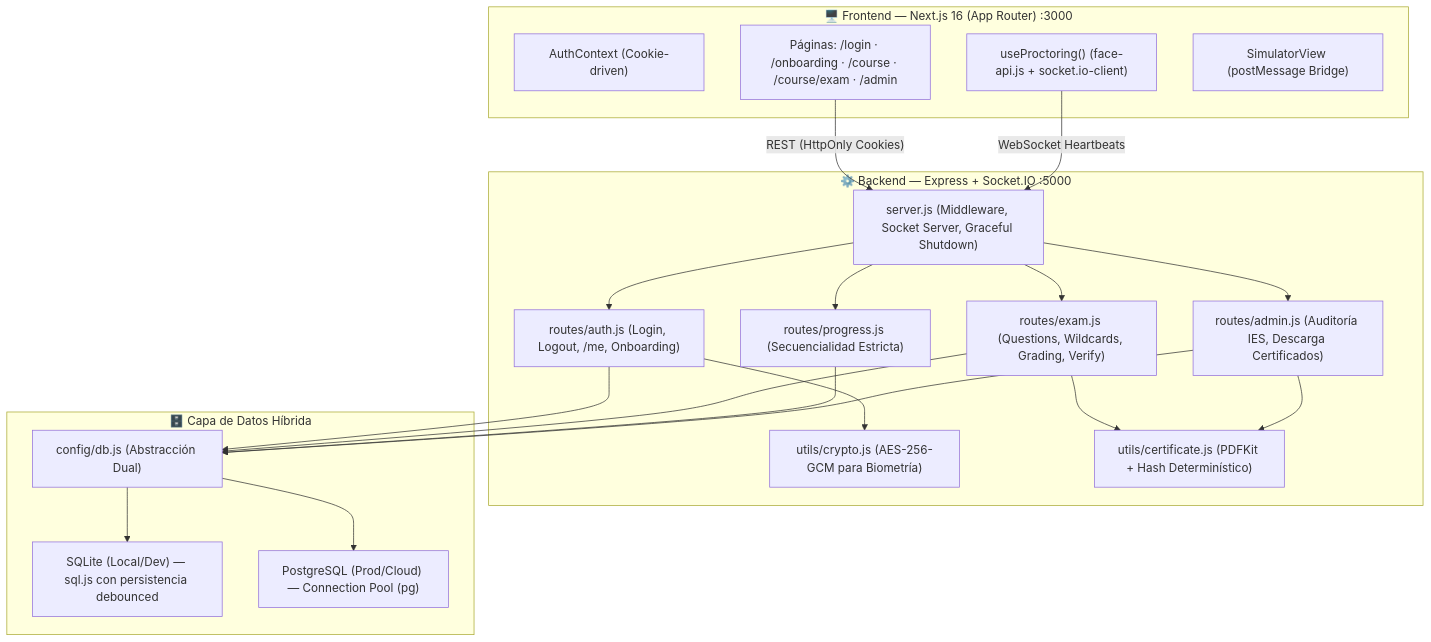
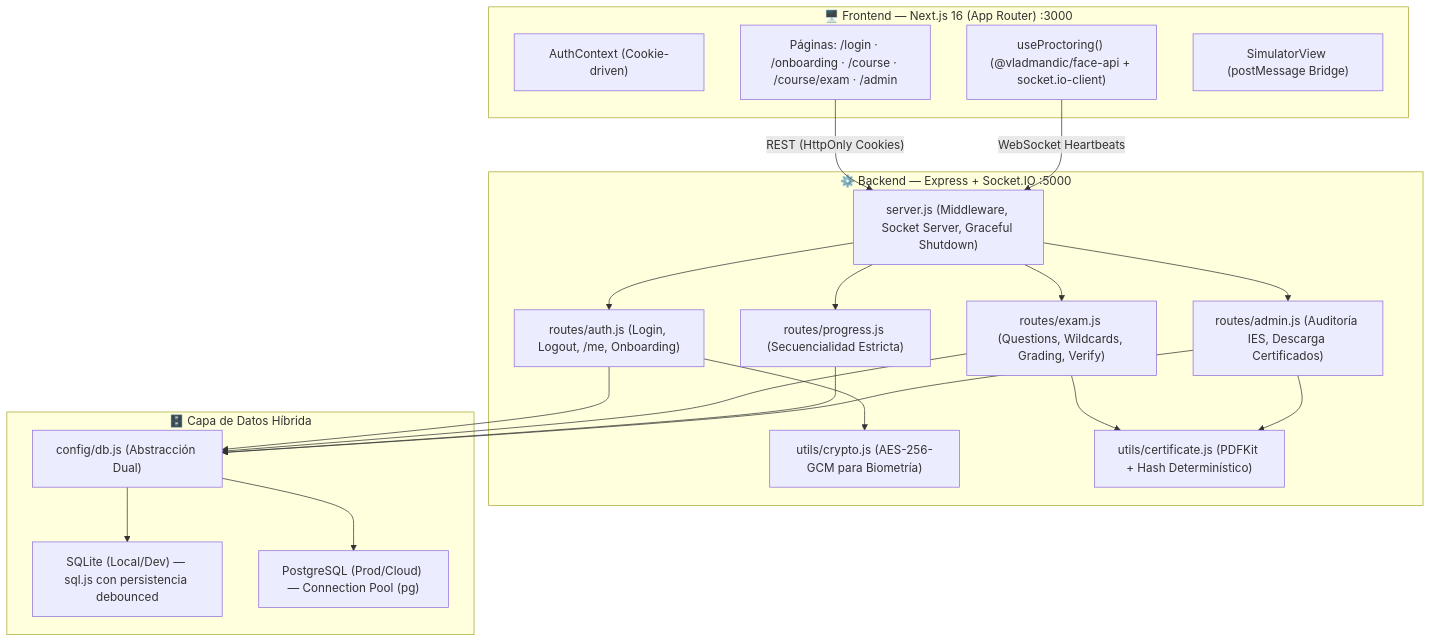
One commit to osbaho/elearning-api changed the first of 4 diagrams in ArcoC/DOCUMENTATION.md. Above: the diagram before and after it, drawn with Mermaid. The commit also changed other lines of this file and 8 other files, not shown here.

````diff
--- a/ArcoC/DOCUMENTATION.md
+++ b/ArcoC/DOCUMENTATION.md
@@ -32,35 +32,35 @@
 ```mermaid
 graph TB
     subgraph CLIENT["🖥️ Frontend — Next.js 16 (App Router) :3000"]
         AUTH_CTX["AuthContext (Cookie-driven)"]
         UI_PAGES["Páginas: /login · /onboarding · /course · /course/exam · /admin"]
-        HOOK_PROCTORING["useProctoring() (face-api.js + socket.io-client)"]
+        HOOK_PROCTORING["useProctoring() (@vladmandic/face-api + socket.io-client)"]
         SIM_VIEW["SimulatorView (postMessage Bridge)"]
     end
 
     subgraph BACKEND["⚙️ Backend — Express + Socket.IO :5000"]
         SERVER_MAIN["server.js (Middleware, Socket Server, Graceful Shutdown)"]
         AUTH_ROUTES["routes/auth.js (Login, Logout, /me, Onboarding)"]
         EXAM_ROUTES["routes/exam.js (Questions, Wildcards, Grading, Verify)"]
         PROG_ROUTES["routes/progress.js (Secuencialidad Estricta)"]
         ADMIN_ROUTES["routes/admin.js (Auditoría IES, Descarga Certificados)"]
         CRYPTO_UTIL["utils/crypto.js (AES-256-GCM para Biometría)"]
         CERT_UTIL["utils/certificate.js (PDFKit + Hash Determinístico)"]
     end
 
     subgraph STORAGE["🗄️ Capa de Datos Híbrida"]
         DB_LAYER["config/db.js (Abstracción Dual)"]
         SQLITE["SQLite (Local/Dev) — sql.js con persistencia debounced"]
         POSTGRES["PostgreSQL (Prod/Cloud) — Connection Pool (pg)"]
     end
 
     UI_PAGES -->|"REST (HttpOnly Cookies)"| SERVER_MAIN
     HOOK_PROCTORING -->|"WebSocket Heartbeats"| SERVER_MAIN
     SERVER_MAIN --> AUTH_ROUTES & EXAM_ROUTES & PROG_ROUTES & ADMIN_ROUTES
     AUTH_ROUTES & EXAM_ROUTES & PROG_ROUTES & ADMIN_ROUTES --> DB_LAYER
     DB_LAYER --> SQLITE
     DB_LAYER --> POSTGRES
     AUTH_ROUTES --> CRYPTO_UTIL
     EXAM_ROUTES --> CERT_UTIL
     ADMIN_ROUTES --> CERT_UTIL
 ```
````
